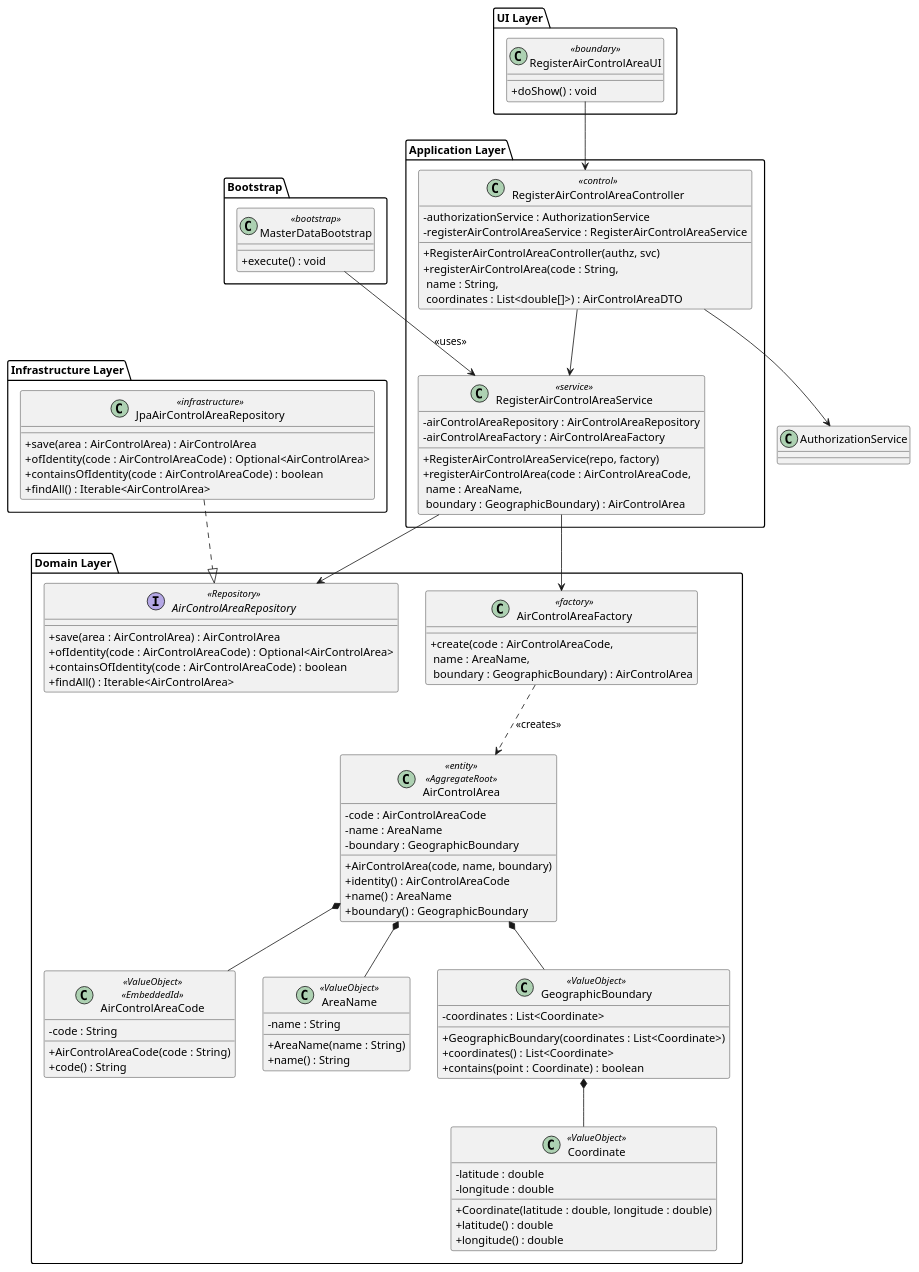
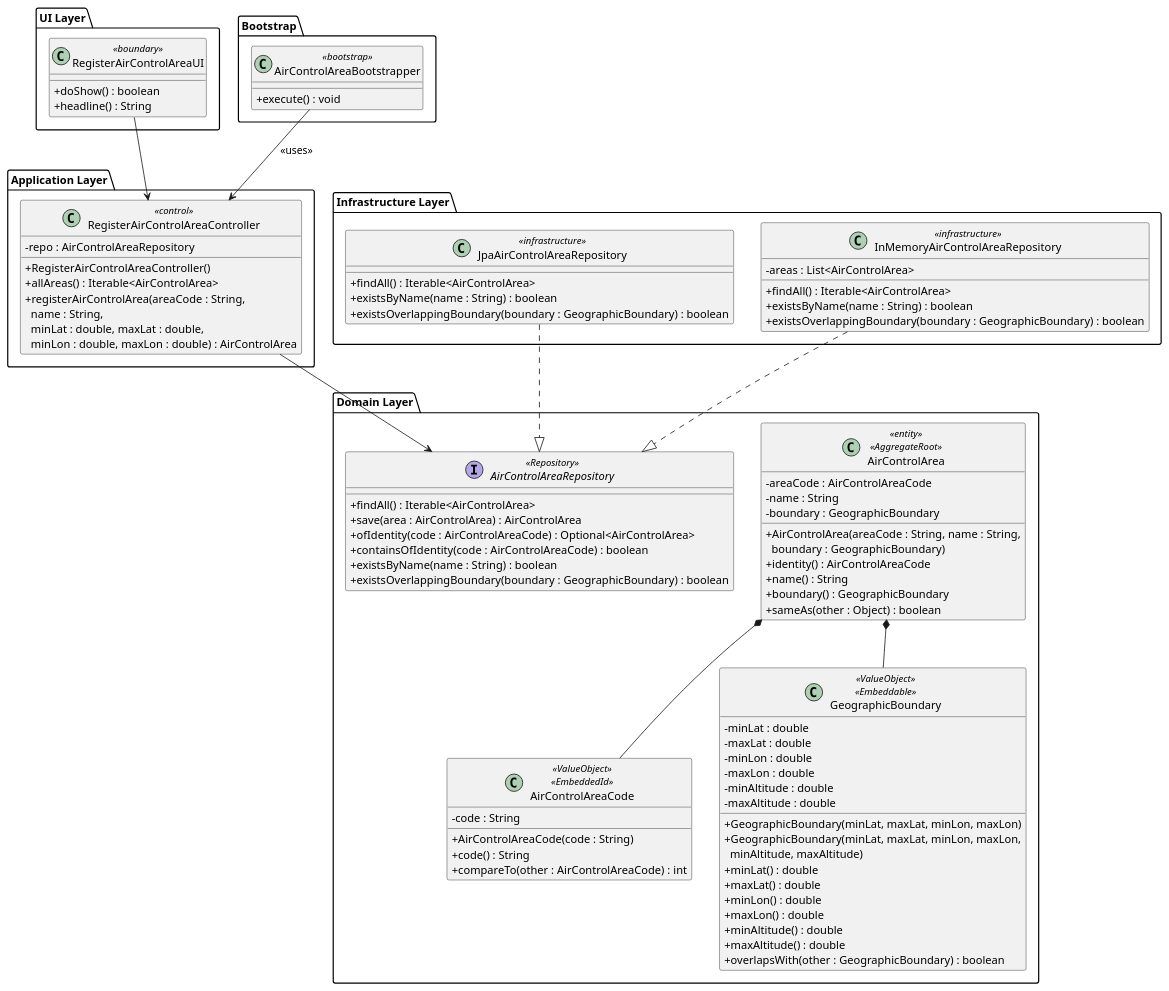
One commit to DuartePinto1240/sem4pi2526-sem4pi2526_2da2 changed the diagram in docs/Sprint 2/EAPLI/US050/puml/US050-class-diagram.puml. Above: the diagram before and after it, drawn with PlantUML. The commit also changed 27 other files, not shown here.

```diff
--- a/docs/Sprint 2/EAPLI/US050/puml/US050-class-diagram.puml
+++ b/docs/Sprint 2/EAPLI/US050/puml/US050-class-diagram.puml
@@ -1,109 +1,101 @@
 @startuml US050-class-diagram
 skinparam classAttributeIconSize 0
 
 package "UI Layer" {
   class RegisterAirControlAreaUI <<boundary>> {
-    + doShow() : void
+    + doShow() : boolean
+    + headline() : String
   }
 }
 
 package "Application Layer" {
   class RegisterAirControlAreaController <<control>> {
-    - authorizationService : AuthorizationService
-    - registerAirControlAreaService : RegisterAirControlAreaService
-    + RegisterAirControlAreaController(authz, svc)
-    + registerAirControlArea(code : String,\n name : String,\n coordinates : List<double[]>) : AirControlAreaDTO
-  }
-
-  class RegisterAirControlAreaService <<service>> {
-    - airControlAreaRepository : AirControlAreaRepository
-    - airControlAreaFactory : AirControlAreaFactory
-    + RegisterAirControlAreaService(repo, factory)
-    + registerAirControlArea(code : AirControlAreaCode,\n name : AreaName,\n boundary : GeographicBoundary) : AirControlArea
+    - repo : AirControlAreaRepository
+    + RegisterAirControlAreaController()
+    + allAreas() : Iterable<AirControlArea>
+    + registerAirControlArea(areaCode : String,\n  name : String,\n  minLat : double, maxLat : double,\n  minLon : double, maxLon : double) : AirControlArea
   }
 }
 
 package "Domain Layer" {
   class AirControlArea <<entity>> <<AggregateRoot>> {
-    - code : AirControlAreaCode
-    - name : AreaName
+    - areaCode : AirControlAreaCode
+    - name : String
     - boundary : GeographicBoundary
-    + AirControlArea(code, name, boundary)
+    + AirControlArea(areaCode : String, name : String,\n  boundary : GeographicBoundary)
     + identity() : AirControlAreaCode
-    + name() : AreaName
+    + name() : String
     + boundary() : GeographicBoundary
-  }
-
-  class AirControlAreaFactory <<factory>> {
-    + create(code : AirControlAreaCode,\n name : AreaName,\n boundary : GeographicBoundary) : AirControlArea
+    + sameAs(other : Object) : boolean
   }
 
   class AirControlAreaCode <<ValueObject>> <<EmbeddedId>> {
     - code : String
     + AirControlAreaCode(code : String)
     + code() : String
+    + compareTo(other : AirControlAreaCode) : int
   }
 
-  class AreaName <<ValueObject>> {
-    - name : String
-    + AreaName(name : String)
-    + name() : String
-  }
-
-  class GeographicBoundary <<ValueObject>> {
-    - coordinates : List<Coordinate>
-    + GeographicBoundary(coordinates : List<Coordinate>)
-    + coordinates() : List<Coordinate>
-    + contains(point : Coordinate) : boolean
-  }
-
-  class Coordinate <<ValueObject>> {
-    - latitude : double
-    - longitude : double
-    + Coordinate(latitude : double, longitude : double)
-    + latitude() : double
-    + longitude() : double
+  class GeographicBoundary <<ValueObject>> <<Embeddable>> {
+    - minLat : double
+    - maxLat : double
+    - minLon : double
+    - maxLon : double
+    - minAltitude : double
+    - maxAltitude : double
+    + GeographicBoundary(minLat, maxLat, minLon, maxLon)
+    + GeographicBoundary(minLat, maxLat, minLon, maxLon,\n  minAltitude, maxAltitude)
+    + minLat() : double
+    + maxLat() : double
+    + minLon() : double
+    + maxLon() : double
+    + minAltitude() : double
+    + maxAltitude() : double
+    + overlapsWith(other : GeographicBoundary) : boolean
   }
 
   interface AirControlAreaRepository <<Repository>> {
+    + findAll() : Iterable<AirControlArea>
     + save(area : AirControlArea) : AirControlArea
     + ofIdentity(code : AirControlAreaCode) : Optional<AirControlArea>
     + containsOfIdentity(code : AirControlAreaCode) : boolean
-    + findAll() : Iterable<AirControlArea>
+    + existsByName(name : String) : boolean
+    + existsOverlappingBoundary(boundary : GeographicBoundary) : boolean
   }
 }
 
 package "Infrastructure Layer" {
   class JpaAirControlAreaRepository <<infrastructure>> {
-    + save(area : AirControlArea) : AirControlArea
-    + ofIdentity(code : AirControlAreaCode) : Optional<AirControlArea>
-    + containsOfIdentity(code : AirControlAreaCode) : boolean
     + findAll() : Iterable<AirControlArea>
+    + existsByName(name : String) : boolean
+    + existsOverlappingBoundary(boundary : GeographicBoundary) : boolean
   }
+
+  class InMemoryAirControlAreaRepository <<infrastructure>> {
+    - areas : List<AirControlArea>
+    + findAll() : Iterable<AirControlArea>
+    + existsByName(name : String) : boolean
+    + existsOverlappingBoundary(boundary : GeographicBoundary) : boolean
+  }
+
 }
 
 package "Bootstrap" {
-  class MasterDataBootstrap <<bootstrap>> {
+  class AirControlAreaBootstrapper <<bootstrap>> {
     + execute() : void
   }
 }
 
 RegisterAirControlAreaUI --> RegisterAirControlAreaController
-RegisterAirControlAreaController --> RegisterAirControlAreaService
-RegisterAirControlAreaController --> AuthorizationService
 
-RegisterAirControlAreaService --> AirControlAreaFactory
-RegisterAirControlAreaService --> AirControlAreaRepository
-
-AirControlAreaFactory ..> AirControlArea : <<creates>>
+RegisterAirControlAreaController --> AirControlAreaRepository
 
 AirControlArea *-- AirControlAreaCode
-AirControlArea *-- AreaName
 AirControlArea *-- GeographicBoundary
-GeographicBoundary *-- Coordinate
 
 JpaAirControlAreaRepository ..|> AirControlAreaRepository
+InMemoryAirControlAreaRepository ..|> AirControlAreaRepository
 
-MasterDataBootstrap --> RegisterAirControlAreaService : <<uses>>
+AirControlAreaBootstrapper --> RegisterAirControlAreaController : <<uses>>
 
 @enduml
```
